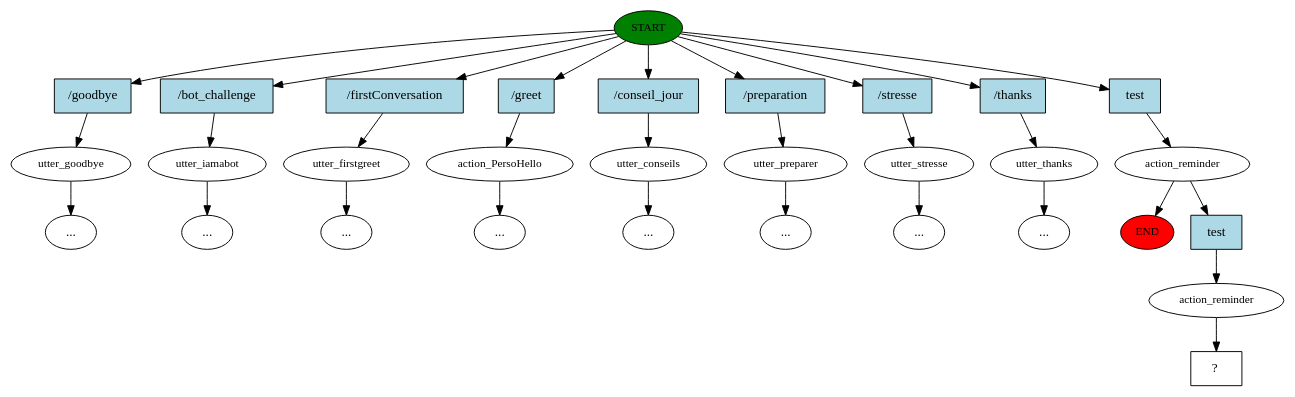
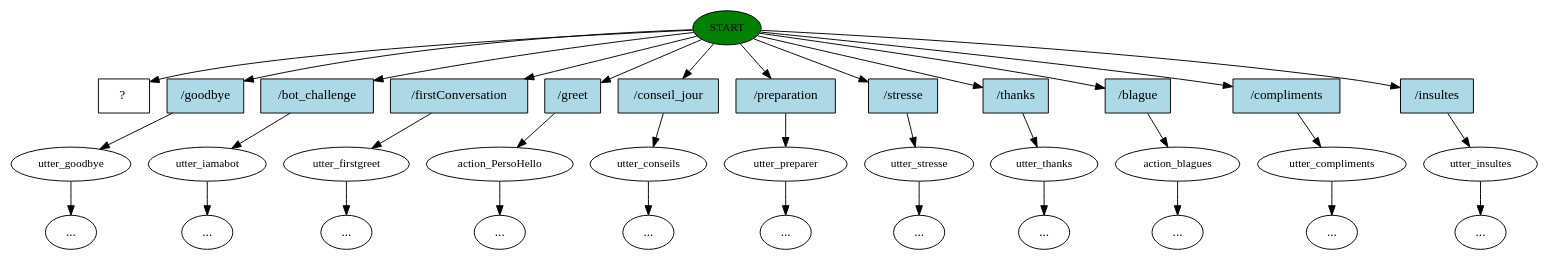
Before and after one commit to dowi-chatbot/chatbot: the diagram in story_graph.dot, drawn with Graphviz. The commit also changed 8 other files, not shown here.

```diff
--- a/story_graph.dot
+++ b/story_graph.dot
@@ -1,63 +1,71 @@
 digraph  {
 0 [class="start active", fillcolor=green, fontsize=12, label=START, style=filled];
-"-1" [class=end, fillcolor=red, fontsize=12, label=END, style=filled];
 1 [class="", fontsize=12, label=utter_goodbye];
 "-3" [class=ellipsis, label="..."];
 2 [class="", fontsize=12, label=utter_iamabot];
 "-4" [class=ellipsis, label="..."];
 3 [class="", fontsize=12, label=utter_firstgreet];
 "-6" [class=ellipsis, label="..."];
 5 [class="", fontsize=12, label=action_PersoHello];
 "-7" [class=ellipsis, label="..."];
 6 [class="", fontsize=12, label=utter_conseils];
 "-8" [class=ellipsis, label="..."];
 7 [class="", fontsize=12, label=utter_preparer];
 "-9" [class=ellipsis, label="..."];
 8 [class="", fontsize=12, label=utter_stresse];
 "-10" [class=ellipsis, label="..."];
 9 [class="", fontsize=12, label=utter_thanks];
 "-11" [class=ellipsis, label="..."];
-10 [class=active, fontsize=12, label=action_reminder];
-12 [class=active, fontsize=12, label=action_reminder];
+10 [class="", fontsize=12, label=action_blagues];
+"-12" [class=ellipsis, label="..."];
+11 [class="", fontsize=12, label=utter_compliments];
+"-13" [class=ellipsis, label="..."];
+12 [class="", fontsize=12, label=utter_insultes];
+"-14" [class=ellipsis, label="..."];
 13 [class="intent dashed active", label="  ?  ", shape=rect];
 14 [class=intent, fillcolor=lightblue, label="/goodbye", shape=rect, style=filled];
 15 [class=intent, fillcolor=lightblue, label="/bot_challenge", shape=rect, style=filled];
 16 [class=intent, fillcolor=lightblue, label="/firstConversation", shape=rect, style=filled];
 17 [class=intent, fillcolor=lightblue, label="/greet", shape=rect, style=filled];
 18 [class=intent, fillcolor=lightblue, label="/conseil_jour", shape=rect, style=filled];
 19 [class=intent, fillcolor=lightblue, label="/preparation", shape=rect, style=filled];
 20 [class=intent, fillcolor=lightblue, label="/stresse", shape=rect, style=filled];
 21 [class=intent, fillcolor=lightblue, label="/thanks", shape=rect, style=filled];
-22 [class="intent active", fillcolor=lightblue, label=test, shape=rect, style=filled];
-23 [class="intent active", fillcolor=lightblue, label=test, shape=rect, style=filled];
+22 [class=intent, fillcolor=lightblue, label="/blague", shape=rect, style=filled];
+23 [class=intent, fillcolor=lightblue, label="/compliments", shape=rect, style=filled];
+24 [class=intent, fillcolor=lightblue, label="/insultes", shape=rect, style=filled];
+0 -> 13  [class=active, key=NONE, label=""];
 0 -> 14  [class="", key=0];
 0 -> 15  [class="", key=0];
 0 -> 16  [class="", key=0];
 0 -> 17  [class="", key=0];
 0 -> 18  [class="", key=0];
 0 -> 19  [class="", key=0];
 0 -> 20  [class="", key=0];
 0 -> 21  [class="", key=0];
-0 -> 22  [class=active, key=0];
+0 -> 22  [class="", key=0];
+0 -> 23  [class="", key=0];
+0 -> 24  [class="", key=0];
 1 -> "-3"  [class="", key=NONE, label=""];
 2 -> "-4"  [class="", key=NONE, label=""];
 3 -> "-6"  [class="", key=NONE, label=""];
 5 -> "-7"  [class="", key=NONE, label=""];
 6 -> "-8"  [class="", key=NONE, label=""];
 7 -> "-9"  [class="", key=NONE, label=""];
 8 -> "-10"  [class="", key=NONE, label=""];
 9 -> "-11"  [class="", key=NONE, label=""];
-10 -> "-1"  [class="", key=NONE, label=""];
-10 -> 23  [class=active, key=0];
-12 -> 13  [class=active, key=NONE, label=""];
+10 -> "-12"  [class="", key=NONE, label=""];
+11 -> "-13"  [class="", key=NONE, label=""];
+12 -> "-14"  [class="", key=NONE, label=""];
 14 -> 1  [class="", key=0];
 15 -> 2  [class="", key=0];
 16 -> 3  [class="", key=0];
 17 -> 5  [class="", key=0];
 18 -> 6  [class="", key=0];
 19 -> 7  [class="", key=0];
 20 -> 8  [class="", key=0];
 21 -> 9  [class="", key=0];
-22 -> 10  [class=active, key=0];
-23 -> 12  [class=active, key=0];
+22 -> 10  [class="", key=0];
+23 -> 11  [class="", key=0];
+24 -> 12  [class="", key=0];
 }
```
